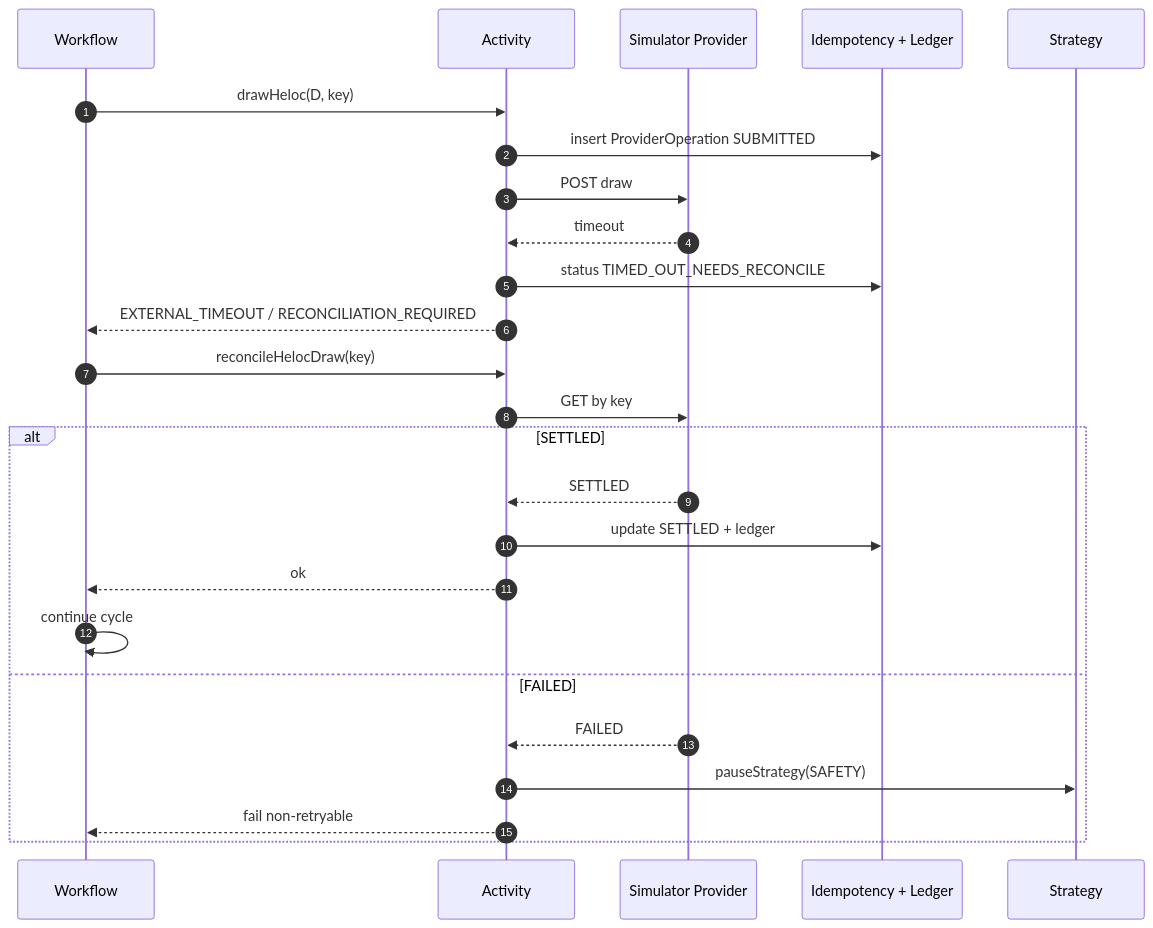
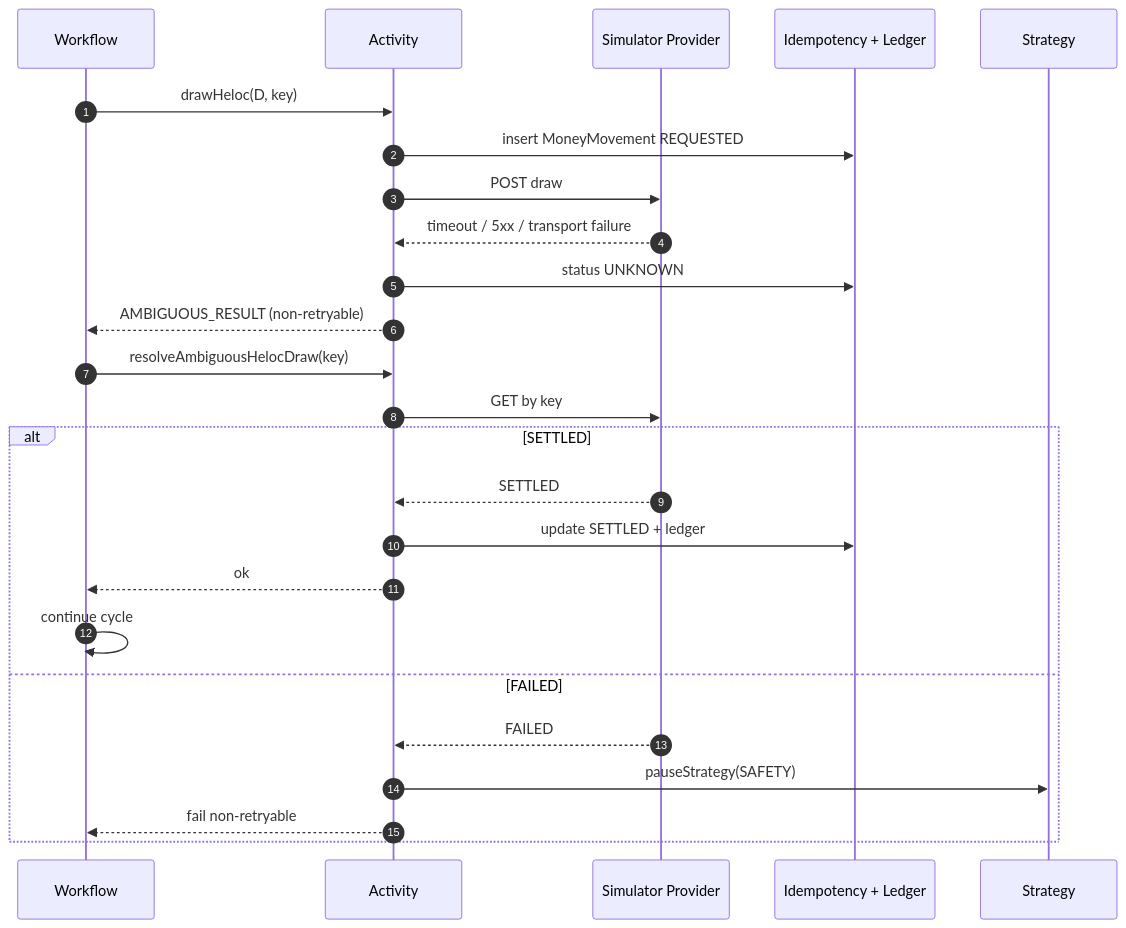
One commit to gcjunior/-Canadian-Smith-Manoeuvre changed the second of 2 diagrams in docs/failure-model.md. Above: the diagram before and after it, drawn with Mermaid. The commit also changed other lines of this file and 316 other files, not shown here.

````diff
--- a/docs/failure-model.md
+++ b/docs/failure-model.md
@@ -44,28 +44,28 @@
 ```mermaid
 sequenceDiagram
   autonumber
   participant WF as Workflow
   participant Act as Activity
   participant Prov as Simulator Provider
   participant DB as Idempotency + Ledger
   participant Strat as Strategy
 
   WF->>Act: drawHeloc(D, key)
-  Act->>DB: insert ProviderOperation SUBMITTED
+  Act->>DB: insert MoneyMovement REQUESTED
   Act->>Prov: POST draw
-  Prov-->>Act: timeout
-  Act->>DB: status TIMED_OUT_NEEDS_RECONCILE
-  Act-->>WF: EXTERNAL_TIMEOUT / RECONCILIATION_REQUIRED
-  WF->>Act: reconcileHelocDraw(key)
+  Prov-->>Act: timeout / 5xx / transport failure
+  Act->>DB: status UNKNOWN
+  Act-->>WF: AMBIGUOUS_RESULT (non-retryable)
+  WF->>Act: resolveAmbiguousHelocDraw(key)
   Act->>Prov: GET by key
   alt SETTLED
     Prov-->>Act: SETTLED
     Act->>DB: update SETTLED + ledger
     Act-->>WF: ok
     WF->>WF: continue cycle
   else FAILED
     Prov-->>Act: FAILED
     Act->>Strat: pauseStrategy(SAFETY)
     Act-->>WF: fail non-retryable
   end
 ```
````
